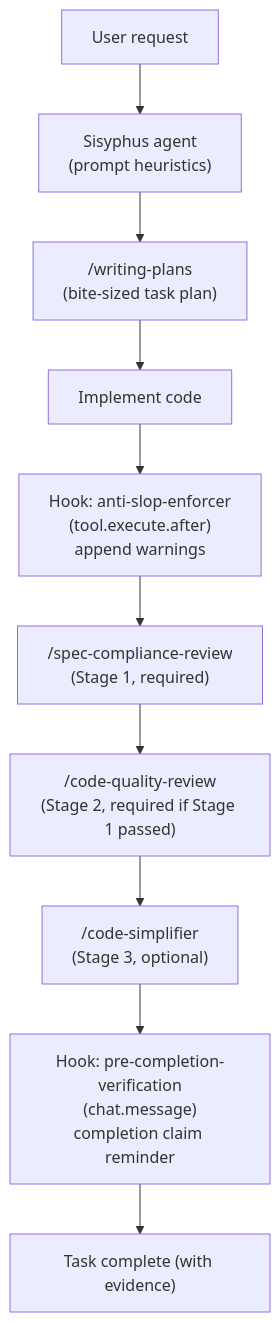
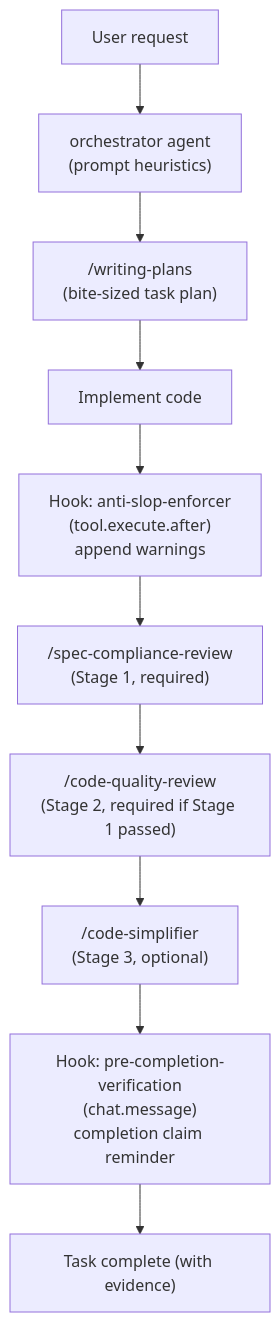
The third of 3 diagrams in docs/journeys/engineering-discipline.md (arcthur/oh-my-opencode), drawn with Mermaid before and after one commit. The commit also changed other lines of this file and 416 other files, not shown here.

````diff
--- a/docs/journeys/engineering-discipline.md
+++ b/docs/journeys/engineering-discipline.md
@@ -367,12 +367,12 @@
 ```mermaid
 flowchart TD
-  U["User request"] --> S["Sisyphus agent\n(prompt heuristics)"]
+  U["User request"] --> S["orchestrator agent\n(prompt heuristics)"]
   S --> WP["/writing-plans\n(bite-sized task plan)"]
   WP --> IMP["Implement code"]
   IMP --> AS["Hook: anti-slop-enforcer\n(tool.execute.after)\nappend warnings"]
   AS --> SCR["/spec-compliance-review\n(Stage 1, required)"]
   SCR --> CQR["/code-quality-review\n(Stage 2, required if Stage 1 passed)"]
   CQR --> CS["/code-simplifier\n(Stage 3, optional)"]
   CS --> PCV["Hook: pre-completion-verification\n(chat.message)\ncompletion claim reminder"]
   PCV --> DONE["Task complete (with evidence)"]
 ```
````
